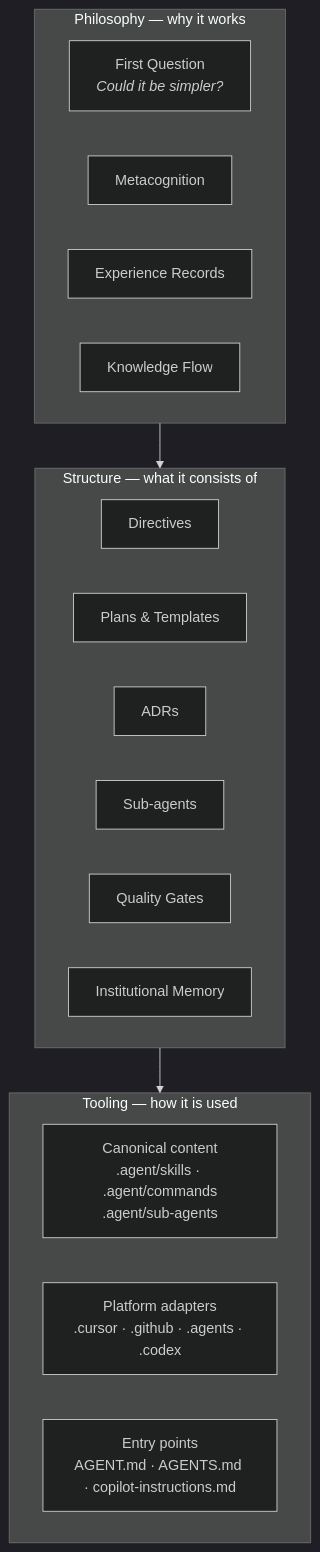
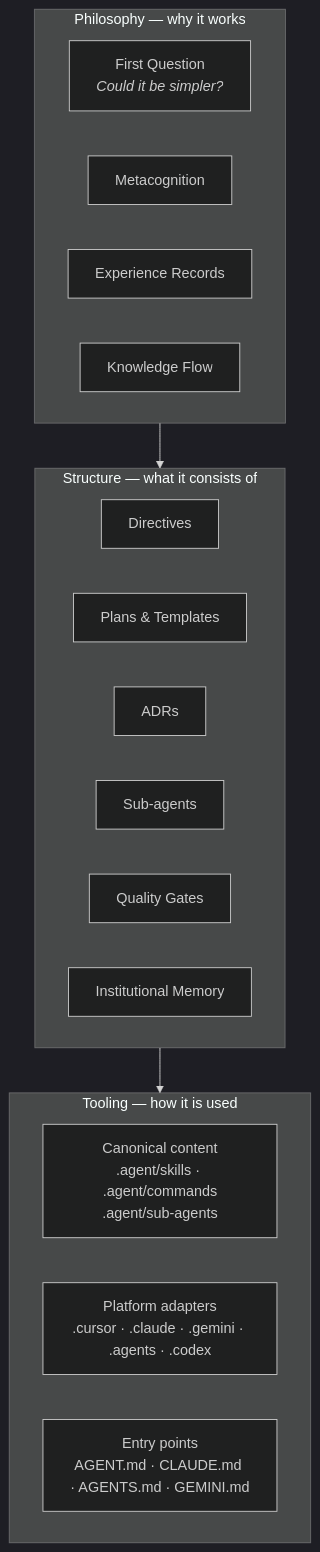
Before and after one commit to jimCresswell/jimcresswell.net: the first of 3 diagrams in .agent/practice-core/practice.md, drawn with Mermaid (dark theme). The commit also changed other lines of this file and 560 other files, not shown here.

````diff
--- a/.agent/practice-core/practice.md
+++ b/.agent/practice-core/practice.md
@@ -27,26 +25,26 @@
 ```mermaid
 graph TB
     subgraph Philosophy ["Philosophy — why it works"]
         FQ["First Question<br/><i>Could it be simpler?</i>"]
         MC[Metacognition]
         EX[Experience Records]
         KF[Knowledge Flow]
     end
 
     subgraph Structure ["Structure — what it consists of"]
         DIR[Directives]
         PLANS[Plans & Templates]
         ADR[ADRs]
         SA[Sub-agents]
         QG[Quality Gates]
         MEM[Institutional Memory]
     end
 
     subgraph Tooling ["Tooling — how it is used"]
         CANON["Canonical content<br/>.agent/skills · .agent/commands<br/>.agent/sub-agents"]
-        ADAPT["Platform adapters<br/>.cursor · .github · .agents · .codex"]
-        ENTRY["Entry points<br/>AGENT.md · AGENTS.md · copilot-instructions.md"]
+        ADAPT["Platform adapters<br/>.cursor · .claude · .gemini · .agents · .codex"]
+        ENTRY["Entry points<br/>AGENT.md · CLAUDE.md · AGENTS.md · GEMINI.md"]
     end
 
     Philosophy --> Structure --> Tooling
 ```
````
